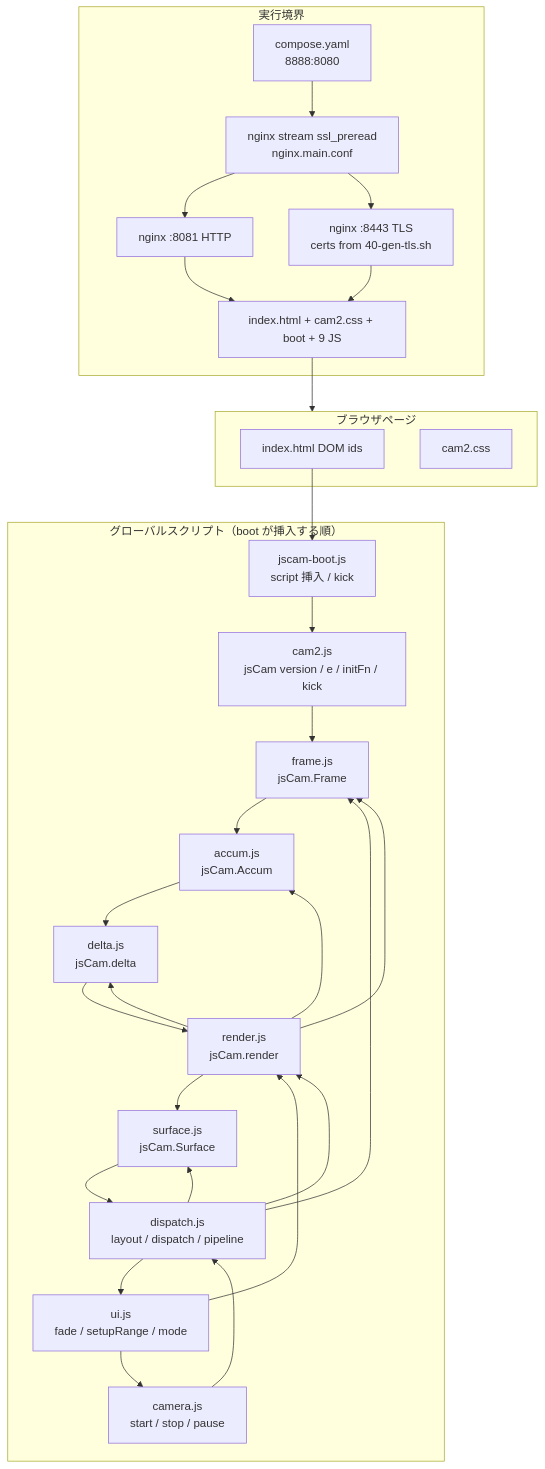
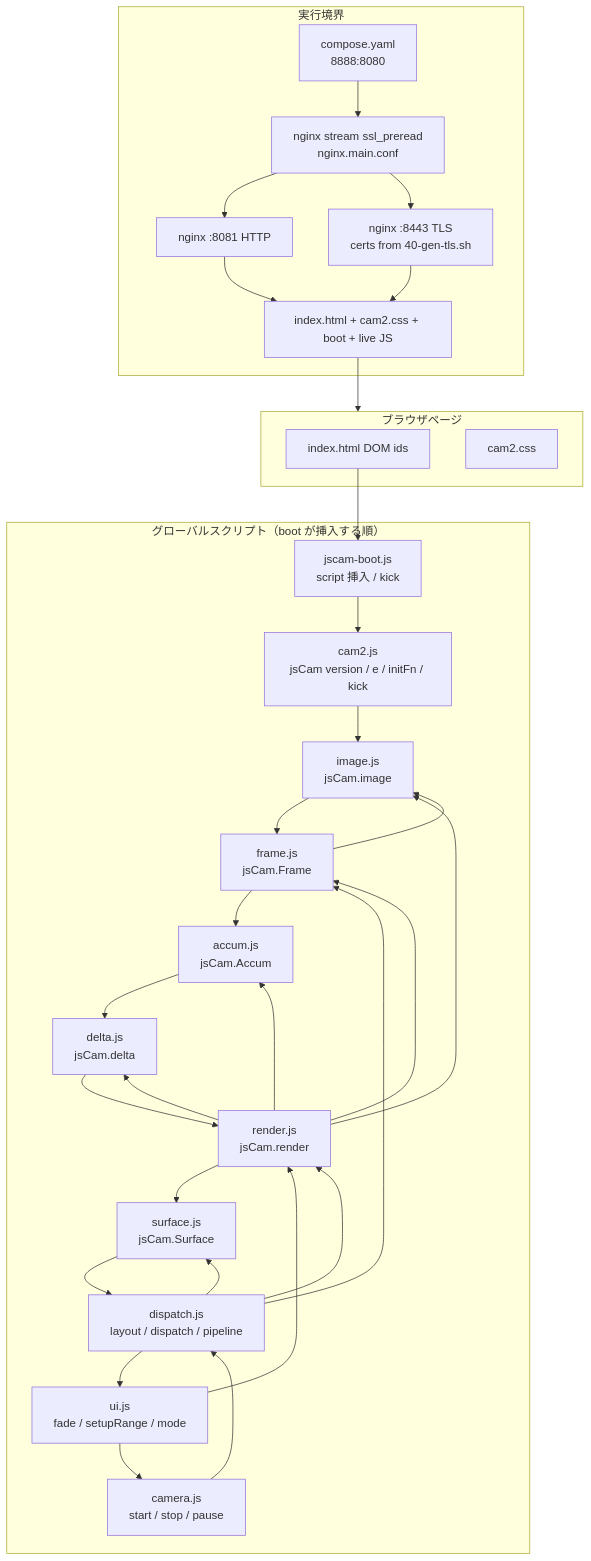
Before and after one commit to mfujimoto-code/JSCam: the first of 4 diagrams in jscam/cam2-design.md, drawn with Mermaid. The commit also changed other lines of this file and 1 other file, not shown here.

Commit message:
docs: sync design to image.js and accum histograms

````diff
--- a/jscam/cam2-design.md
+++ b/jscam/cam2-design.md
@@ -165,47 +166,50 @@
 ```mermaid
 flowchart TB
   subgraph Runtime["実行境界"]
     Compose["compose.yaml<br/>8888:8080"]
     Stream["nginx stream ssl_preread<br/>nginx.main.conf"]
     HTTP["nginx :8081 HTTP"]
     TLS["nginx :8443 TLS<br/>certs from 40-gen-tls.sh"]
-    Static["index.html + cam2.css + boot + 9 JS"]
+    Static["index.html + cam2.css + boot + live JS"]
     Compose --> Stream
     Stream --> HTTP
     Stream --> TLS
     HTTP --> Static
     TLS --> Static
   end
 
   subgraph Page["ブラウザページ"]
     HTML["index.html DOM ids"]
     CSS["cam2.css"]
   end
 
   Static --> Page
 
   subgraph Scripts["グローバルスクリプト（boot が挿入する順）"]
     Boot["jscam-boot.js<br/>script 挿入 / kick"]
     Cam2["cam2.js<br/>jsCam version / e / initFn / kick"]
+    ImageF["image.js<br/>jsCam.image"]
     FrameF["frame.js<br/>jsCam.Frame"]
     AccumF["accum.js<br/>jsCam.Accum"]
     DeltaF["delta.js<br/>jsCam.delta"]
     RenderF["render.js<br/>jsCam.render"]
     SurfF["surface.js<br/>jsCam.Surface"]
     DispF["dispatch.js<br/>layout / dispatch / pipeline"]
     UiF["ui.js<br/>fade / setupRange / mode"]
     CamF["camera.js<br/>start / stop / pause"]
-    Boot --> Cam2 --> FrameF --> AccumF --> DeltaF --> RenderF --> SurfF --> DispF --> UiF --> CamF
+    Boot --> Cam2 --> ImageF --> FrameF --> AccumF --> DeltaF --> RenderF --> SurfF --> DispF --> UiF --> CamF
   end
 
   HTML --> Boot
 
   DispF --> RenderF
   DispF --> SurfF
+  FrameF --> ImageF
+  RenderF --> ImageF
   RenderF --> FrameF
   RenderF --> AccumF
   RenderF --> DeltaF
   DispF --> FrameF
   CamF --> DispF
   UiF --> RenderF
 ```
````
